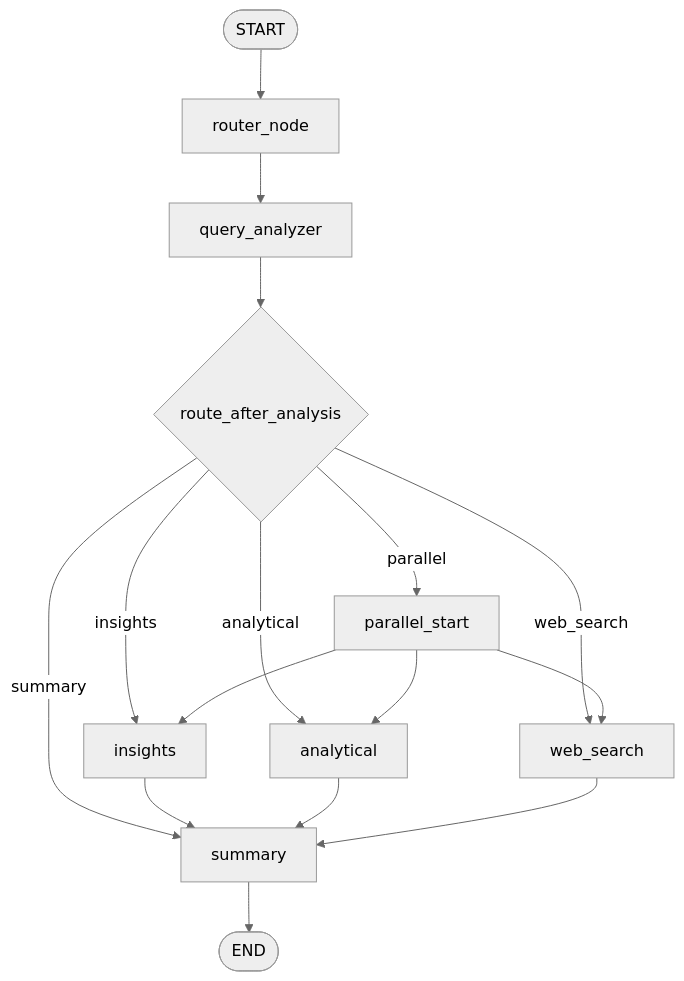
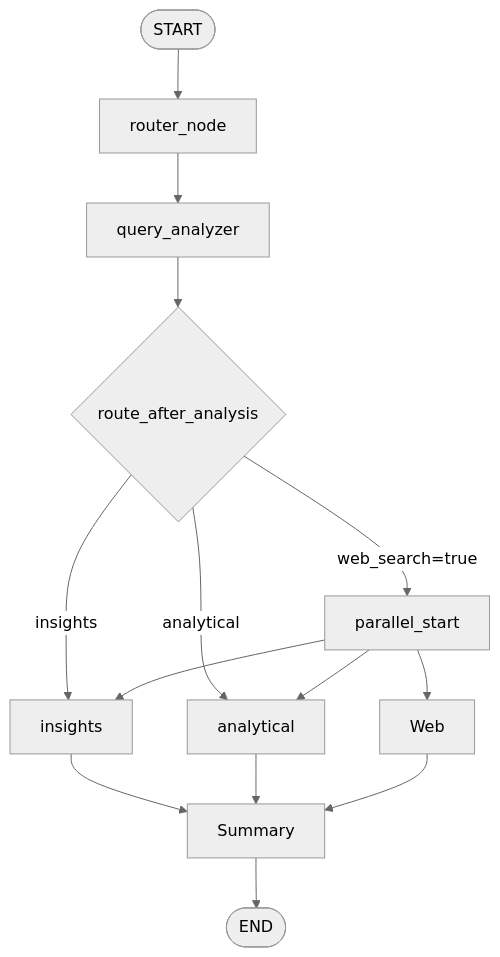
Before and after one commit to crimsonKn1ght/llm-app-agent-data-science_v1: the third of 4 diagrams in documentation/architecture_overview.md, drawn with Mermaid (neutral theme). The commit also changed other lines of this file and 16 other files, not shown here.

Commit message:
Make web search request-owned in analyzer routing

````diff
--- a/documentation/architecture_overview.md
+++ b/documentation/architecture_overview.md
@@ -117,23 +116,21 @@
 ```mermaid
 flowchart TD
     Start(["START"]) --> Router["router_node"]
     Router --> Analyzer["query_analyzer"]
 
     Analyzer --> Decision{"route_after_analysis"}
 
     Decision -- "insights" --> Insights["insights"]
     Decision -- "analytical" --> Analytical["analytical"]
-    Decision -- "web_search" --> Web["web_search"]
-    Decision -- "parallel" --> Parallel["parallel_start"]
-    Decision -- "summary" --> Summary["summary"]
+    Decision -- "web_search=true" --> Parallel["parallel_start"]
 
     Parallel --> Insights
     Parallel --> Analytical
     Parallel --> Web
 
     Insights --> Summary
     Analytical --> Summary
     Web --> Summary
 
     Summary --> End(["END"])
 ```
````
